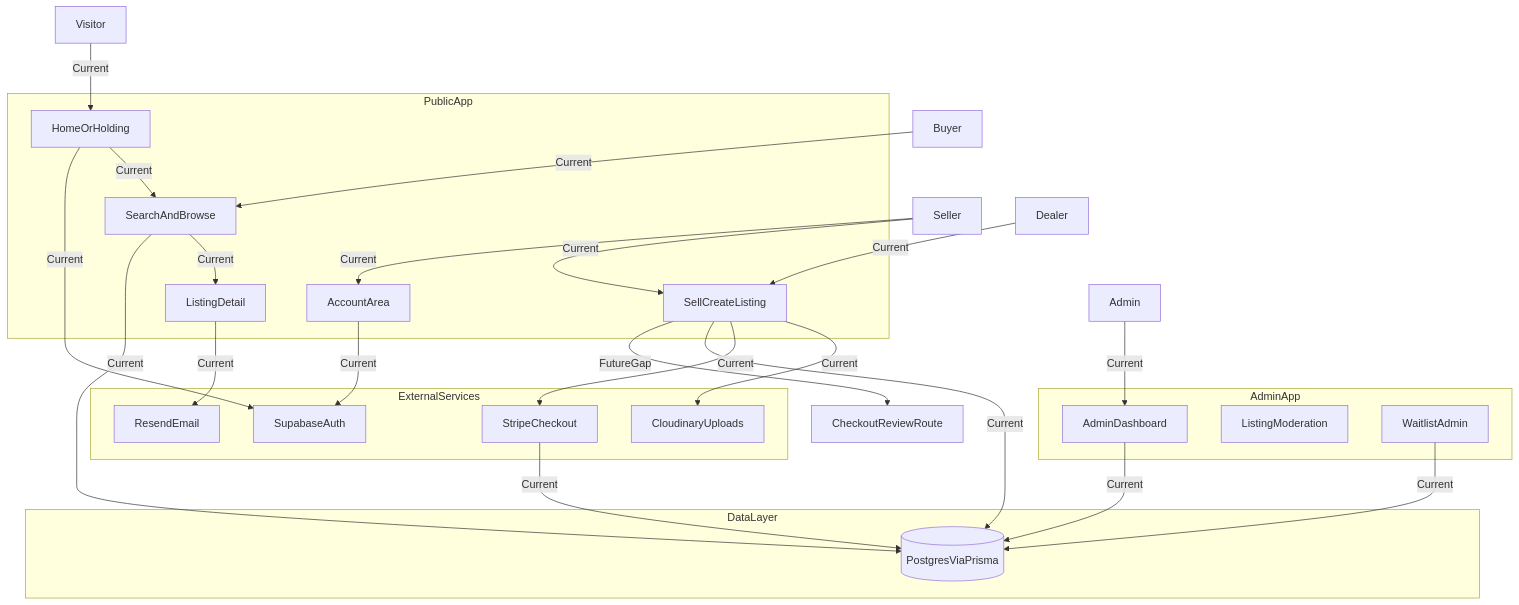
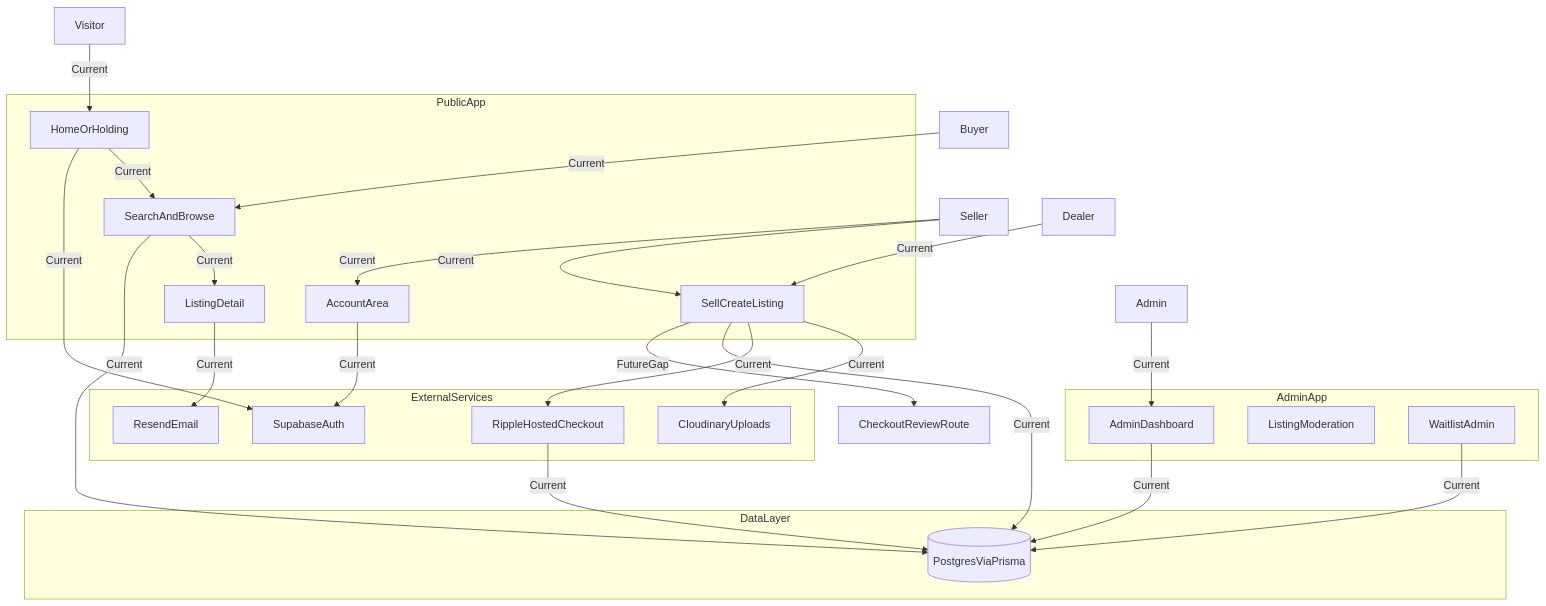
The first of 6 diagrams in docs/client-flow-diagrams.md (mattduff36/iommarket), drawn with Mermaid before and after one commit. The commit also changed other lines of this file and 48 other files, not shown here.

First line of the commit message:
feat: add provider-neutral payments flow

````diff
--- a/docs/client-flow-diagrams.md
+++ b/docs/client-flow-diagrams.md
@@ -29,55 +29,55 @@
 ```mermaid
 flowchart TD
   Visitor[Visitor]
   Buyer[Buyer]
   Seller[Seller]
   Dealer[Dealer]
   Admin[Admin]
 
   subgraph publicApp [PublicApp]
     Home[HomeOrHolding]
     Search[SearchAndBrowse]
     ListingDetail[ListingDetail]
     SellFlow[SellCreateListing]
     Account[AccountArea]
   end
 
   subgraph adminApp [AdminApp]
     AdminConsole[AdminDashboard]
     Moderation[ListingModeration]
     WaitlistAdmin[WaitlistAdmin]
   end
 
   subgraph externalServices [ExternalServices]
     Supabase[SupabaseAuth]
-    Stripe[StripeCheckout]
+    Ripple[RippleHostedCheckout]
     Resend[ResendEmail]
     Cloudinary[CloudinaryUploads]
   end
 
   subgraph dataLayer [DataLayer]
     Postgres[(PostgresViaPrisma)]
   end
 
   Visitor -->|"Current"| Home
   Home -->|"Current"| Search
   Buyer -->|"Current"| Search
   Search -->|"Current"| ListingDetail
   Seller -->|"Current"| SellFlow
   Seller -->|"Current"| Account
   Dealer -->|"Current"| SellFlow
   Admin -->|"Current"| AdminConsole
 
   Home -->|"Current"| Supabase
   Account -->|"Current"| Supabase
   SellFlow -->|"Current"| Cloudinary
-  SellFlow -->|"Current"| Stripe
+  SellFlow -->|"Current"| Ripple
   SellFlow -->|"Current"| Postgres
   Search -->|"Current"| Postgres
   ListingDetail -->|"Current"| Resend
   AdminConsole -->|"Current"| Postgres
   WaitlistAdmin -->|"Current"| Postgres
-  Stripe -->|"Current"| Postgres
+  Ripple -->|"Current"| Postgres
 
   SellFlow -->|"FutureGap"| CheckoutReviewRoute
 ```
````
